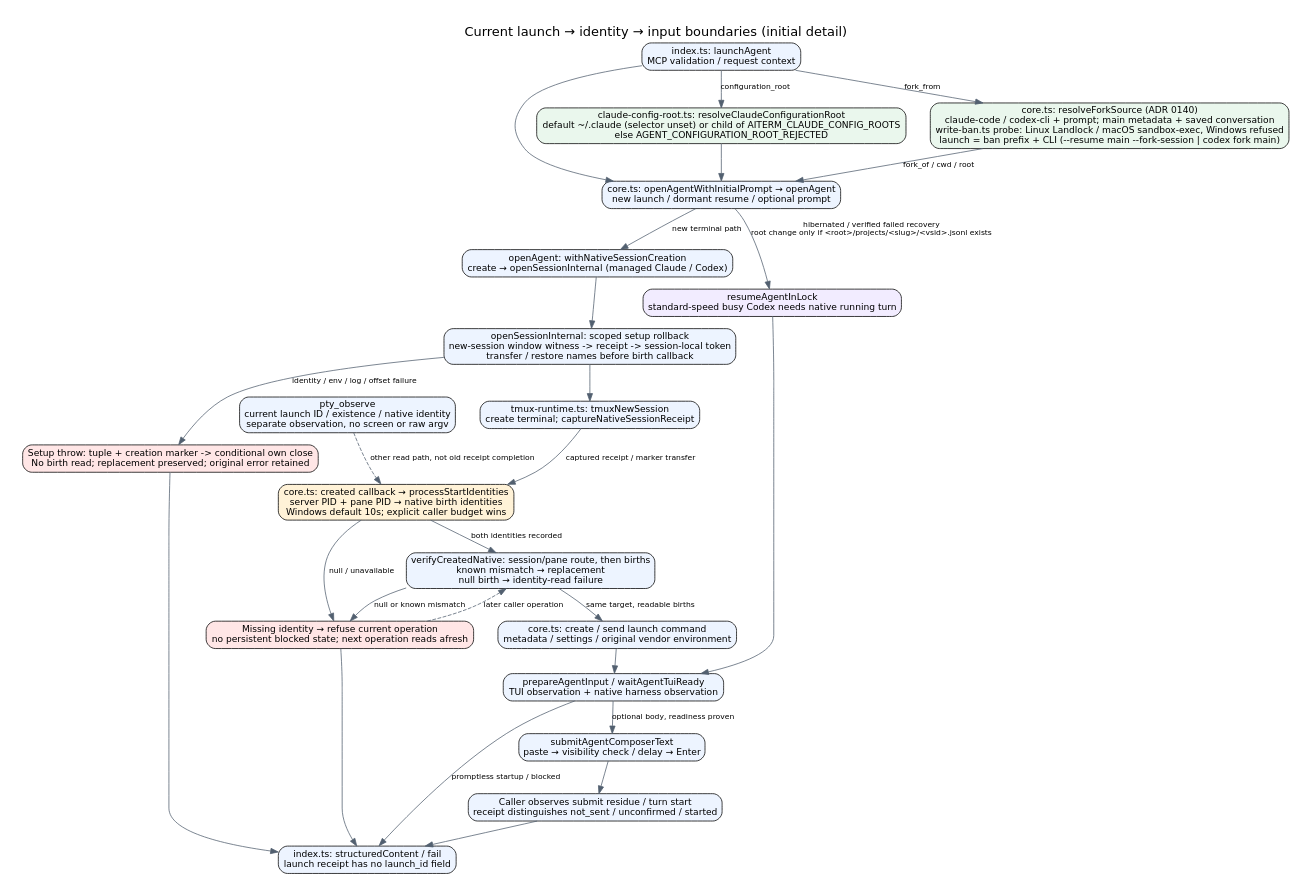
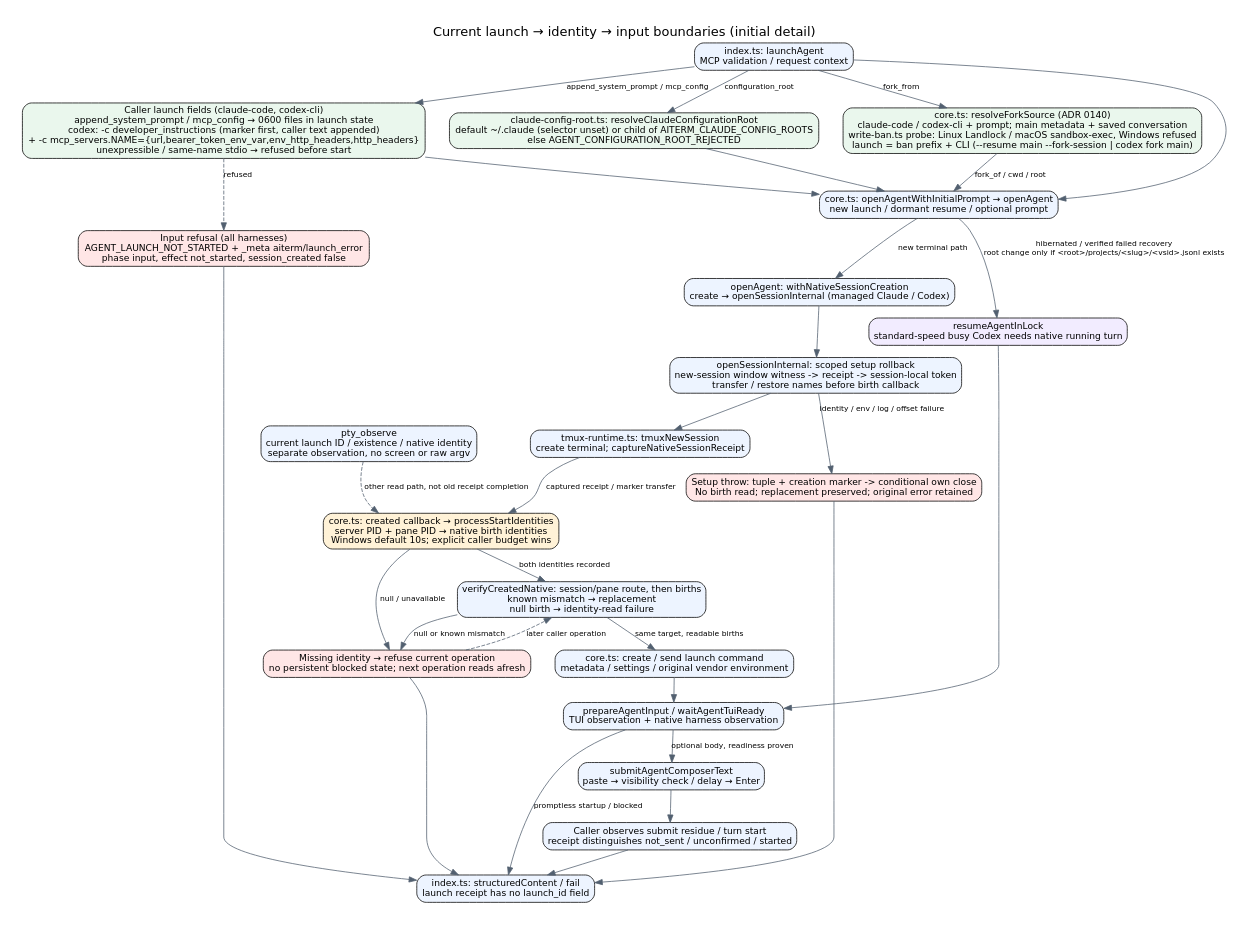
Before and after one commit to kitepon/aiterm-mcp: the diagram in docs/architecture/launch-identity-input.dot, drawn with Graphviz. The commit also changed 16 other files, not shown here.

First line of the commit message:
Let Codex seats take append_system_prompt and mcp_config, locally and on terminals

```diff
--- a/docs/architecture/launch-identity-input.dot
+++ b/docs/architecture/launch-identity-input.dot
@@ -1,36 +1,38 @@
 digraph launch {
  graph [rankdir=TB,bgcolor="white",pad=0.3,nodesep=0.45,ranksep=0.45,label="Current launch → identity → input boundaries (initial detail)",labelloc=t,fontname="DejaVu Sans",fontsize=17];
  node [shape=box,style="rounded,filled",fillcolor="#edf4ff",fontname="DejaVu Sans",fontsize=12];
  edge [fontname="DejaVu Sans",fontsize=10,color="#526070"];
  request [label="index.ts: launchAgent\nMCP validation / request context"];
  root [label="claude-config-root.ts: resolveClaudeConfigurationRoot\ndefault ~/.claude (selector unset) or child of AITERM_CLAUDE_CONFIG_ROOTS\nelse AGENT_CONFIGURATION_ROOT_REJECTED",fillcolor="#eaf7ed"];
  fork [label="core.ts: resolveForkSource (ADR 0140)\nclaude-code / codex-cli + prompt; main metadata + saved conversation\nwrite-ban.ts probe: Linux Landlock / macOS sandbox-exec, Windows refused\nlaunch = ban prefix + CLI (--resume main --fork-session | codex fork main)",fillcolor="#eaf7ed"];
+ caller [label="Caller launch fields (claude-code, codex-cli)\nappend_system_prompt / mcp_config → 0600 files in launch state\ncodex: -c developer_instructions (marker first, caller text appended)\n+ -c mcp_servers.NAME={url,bearer_token_env_var,env_http_headers,http_headers}\nunexpressible / same-name stdio → refused before start",fillcolor="#eaf7ed"];
+ inputref [label="Input refusal (all harnesses)\nAGENT_LAUNCH_NOT_STARTED + _meta aiterm/launch_error\nphase input, effect not_started, session_created false",fillcolor="#ffe6e6"];
  entry [label="core.ts: openAgentWithInitialPrompt → openAgent\nnew launch / dormant resume / optional prompt"];
  create [label="openAgent: withNativeSessionCreation\ncreate → openSessionInternal (managed Claude / Codex)"];
  mux [label="tmux-runtime.ts: tmuxNewSession\ncreate terminal; captureNativeSessionReceipt"];
  identity [label="core.ts: created callback → processStartIdentities\nserver PID + pane PID → native birth identities\nWindows default 10s; explicit caller budget wins",fillcolor="#fff2d7"];
  verify [label="verifyCreatedNative: session/pane route, then births\nknown mismatch → replacement\nnull birth → identity-read failure"];
  fail [label="Missing identity → refuse current operation\nno persistent blocked state; next operation reads afresh",fillcolor="#ffe6e6"];
  launch [label="core.ts: create / send launch command\nmetadata / settings / original vendor environment"];
  ready [label="prepareAgentInput / waitAgentTuiReady\nTUI observation + native harness observation"];
  resume [label="resumeAgentInLock\nstandard-speed busy Codex needs native running turn",fillcolor="#f2ecff"];
  input [label="submitAgentComposerText\npaste → visibility check / delay → Enter"];
  after [label="Caller observes submit residue / turn start\nreceipt distinguishes not_sent / unconfirmed / started"];
  receipt [label="index.ts: structuredContent / fail\nlaunch receipt has no launch_id field"];
  observe [label="pty_observe\ncurrent launch ID / existence / native identity\nseparate observation, no screen or raw argv"];
- request -> root [label="configuration_root"];root -> entry;request -> entry;request -> fork [label="fork_from"];fork -> entry [label="fork_of / cwd / root"];entry -> create [label="new terminal path"];entry -> resume [label="hibernated / verified failed recovery\nroot change only if <root>/projects/<slug>/<vsid>.jsonl exists"];
+ request -> caller [label="append_system_prompt / mcp_config"];caller -> entry;caller -> inputref [label="refused",style=dashed];inputref -> receipt;request -> root [label="configuration_root"];root -> entry;request -> entry;request -> fork [label="fork_from"];fork -> entry [label="fork_of / cwd / root"];entry -> create [label="new terminal path"];entry -> resume [label="hibernated / verified failed recovery\nroot change only if <root>/projects/<slug>/<vsid>.jsonl exists"];
  setup [label="openSessionInternal: scoped setup rollback\nnew-session window witness -> receipt -> session-local token\ntransfer / restore names before birth callback"];
  rollback_setup [label="Setup throw: tuple + creation marker -> conditional own close\nNo birth read; replacement preserved; original error retained",fillcolor="#ffe6e6"];
  create -> setup;setup -> mux;mux -> identity [label="captured receipt / marker transfer"];
  setup -> rollback_setup [label="identity / env / log / offset failure"];
  rollback_setup -> receipt;
  identity -> fail [label="null / unavailable"];fail -> receipt;
  identity -> verify [label="both identities recorded"];
  verify -> launch [label="same target, readable births"];
  verify -> fail [label="null or known mismatch"];
  fail -> verify [label="later caller operation",style=dashed];
  launch -> ready;resume -> ready;ready -> input [label="optional body, readiness proven"];
  ready -> receipt [label="promptless startup / blocked"];
  input -> after;after -> receipt;
  observe -> identity [label="other read path, not old receipt completion",style=dashed];
 }
```
